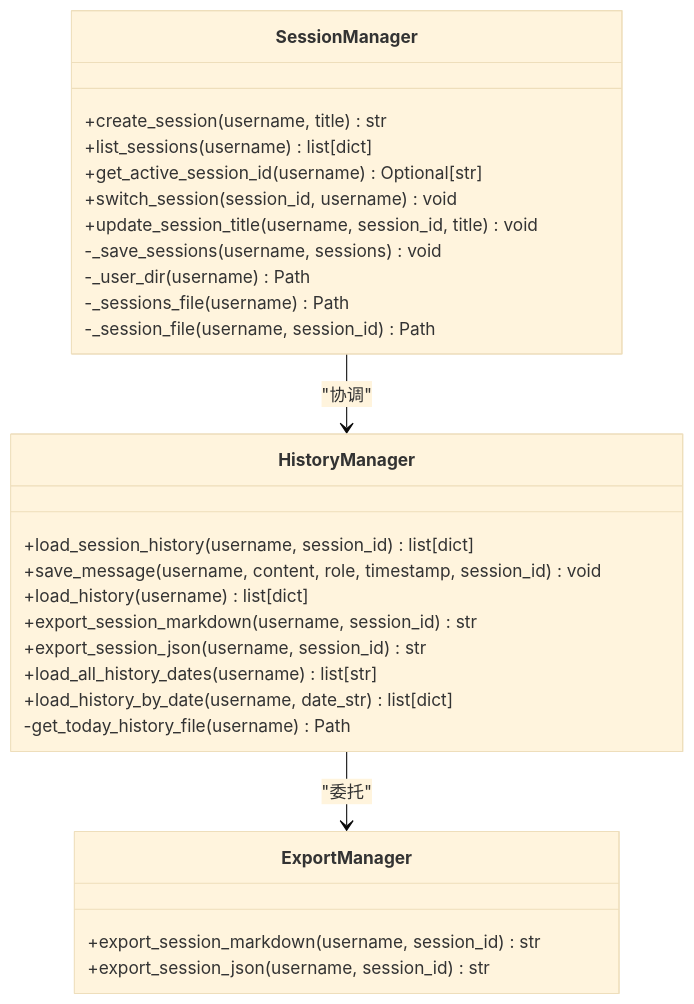
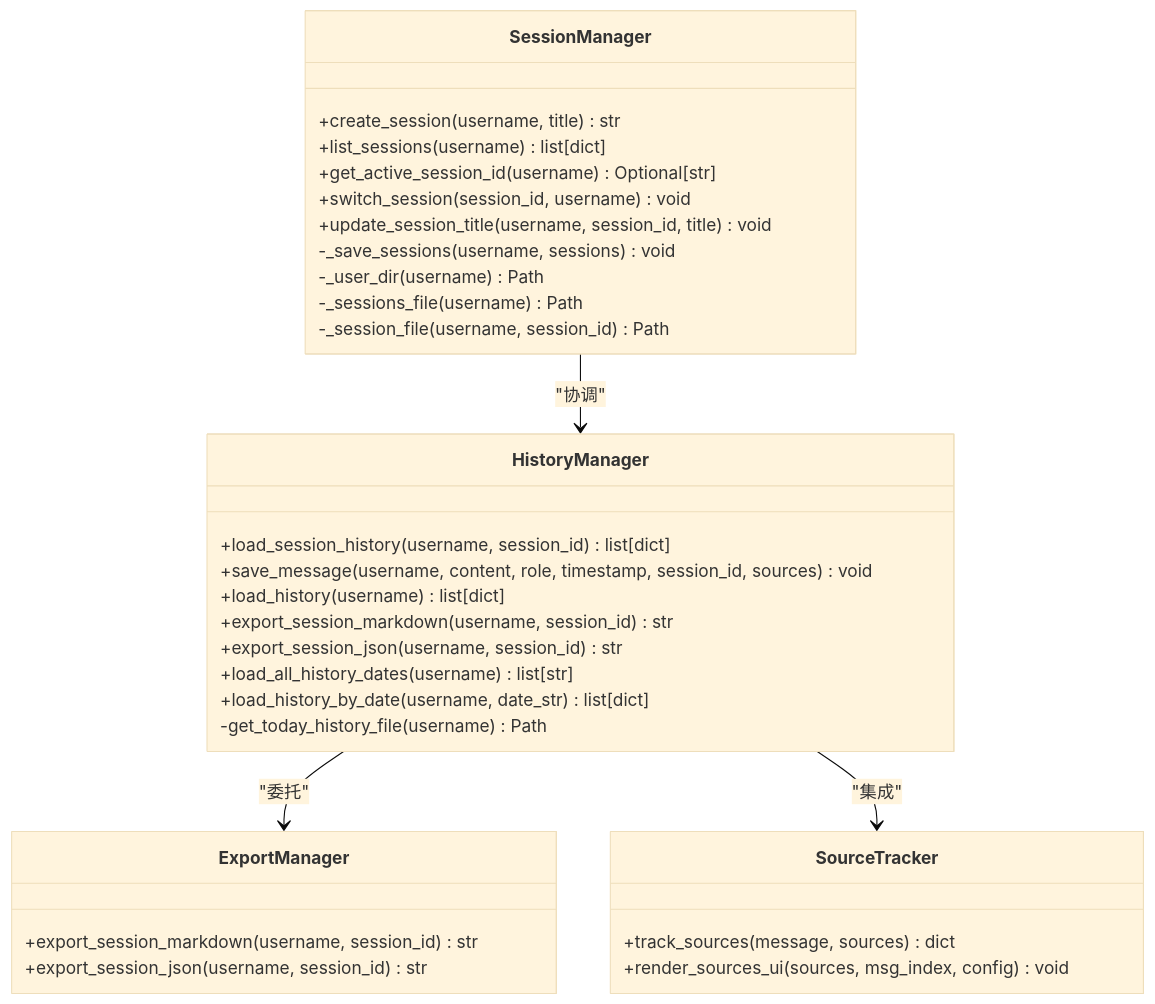
Before and after one commit to joyafa/knowledge: the third of 9 diagrams in .qoder/repowiki/zh/content/业务服务层/会话历史管理.md, drawn with Mermaid (base theme). The commit also changed other lines of this file and 16 other files, not shown here.

````diff
--- a/.qoder/repowiki/zh/content/业务服务层/会话历史管理.md
+++ b/.qoder/repowiki/zh/content/业务服务层/会话历史管理.md
@@ -157,30 +174,35 @@
 ```mermaid
 classDiagram
 class SessionManager {
 +create_session(username, title) str
 +list_sessions(username) list[dict]
 +get_active_session_id(username) Optional[str]
 +switch_session(session_id, username) void
 +update_session_title(username, session_id, title) void
 -_save_sessions(username, sessions) void
 -_user_dir(username) Path
 -_sessions_file(username) Path
 -_session_file(username, session_id) Path
 }
 class HistoryManager {
 +load_session_history(username, session_id) list[dict]
-+save_message(username, content, role, timestamp, session_id) void
++save_message(username, content, role, timestamp, session_id, sources) void
 +load_history(username) list[dict]
 +export_session_markdown(username, session_id) str
 +export_session_json(username, session_id) str
 +load_all_history_dates(username) list[str]
 +load_history_by_date(username, date_str) list[dict]
 -get_today_history_file(username) Path
 }
 class ExportManager {
 +export_session_markdown(username, session_id) str
 +export_session_json(username, session_id) str
 }
+class SourceTracker {
++track_sources(message, sources) dict
++render_sources_ui(sources, msg_index, config) void
+}
 SessionManager --> HistoryManager : "协调"
 HistoryManager --> ExportManager : "委托"
+HistoryManager --> SourceTracker : "集成"
 ```
````
